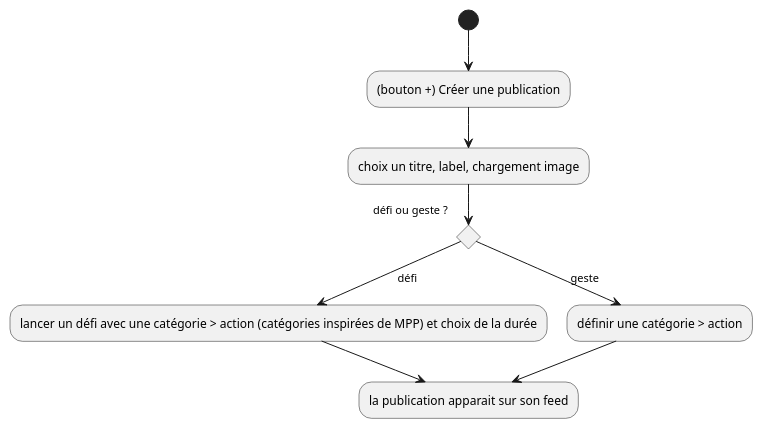
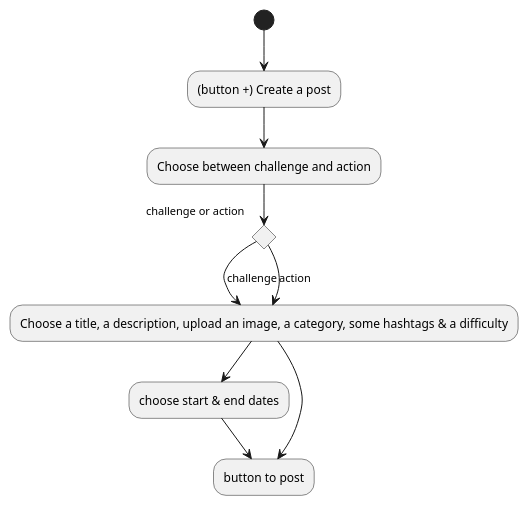
One commit to Eco-Gest/Frontend-Flutter changed the diagram in conception/diagrams/activities/create_publication.puml. Above: the diagram before and after it, drawn with PlantUML. The commit also changed 9 other files, not shown here.

Commit message:
update the diagrams

```diff
--- a/conception/diagrams/activities/create_publication.puml
+++ b/conception/diagrams/activities/create_publication.puml
@@ -1,15 +1,18 @@
 @startuml
-(*) --> "(bouton +) Créer une publication"
---> "choix un titre, label, chargement image"
+(*) --> "(button +) Create a post"
+--> "Choose between challenge and action"
 
-if "défi ou geste ? "
--down-> [défi] "lancer un défi avec une catégorie > action (catégories inspirées de MPP) et choix de la durée"
---> "la publication apparait sur son feed"
+
+
+if "challenge or action"
+-d-> [challenge] "Choose a title, a description, upload an image, a category, some hashtags & a difficulty"
+--> "choose start & end dates"
+--> "button to post"
 
 else 
--down->[geste] "définir une catégorie > action"
---> "la publication apparait sur son feed"
+-d->[action] "Choose a title, a description, upload an image, a category, some hashtags & a difficulty"
+--> "button to post"
 
 endif
 
 @enduml
```
